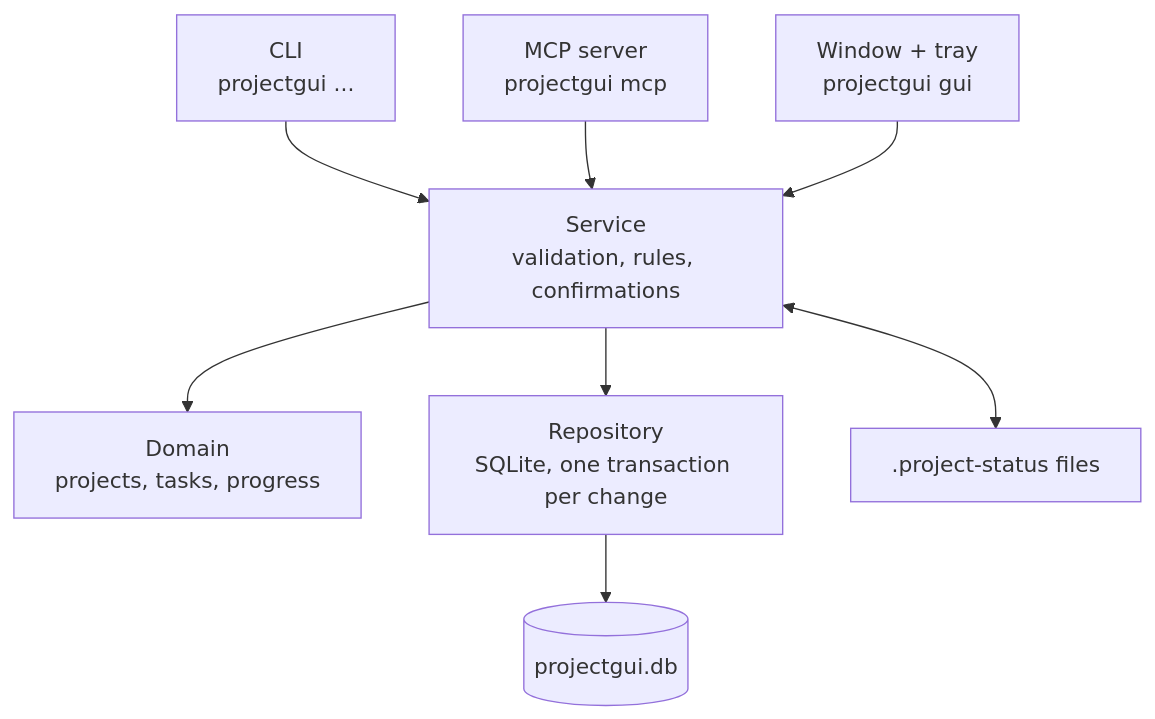
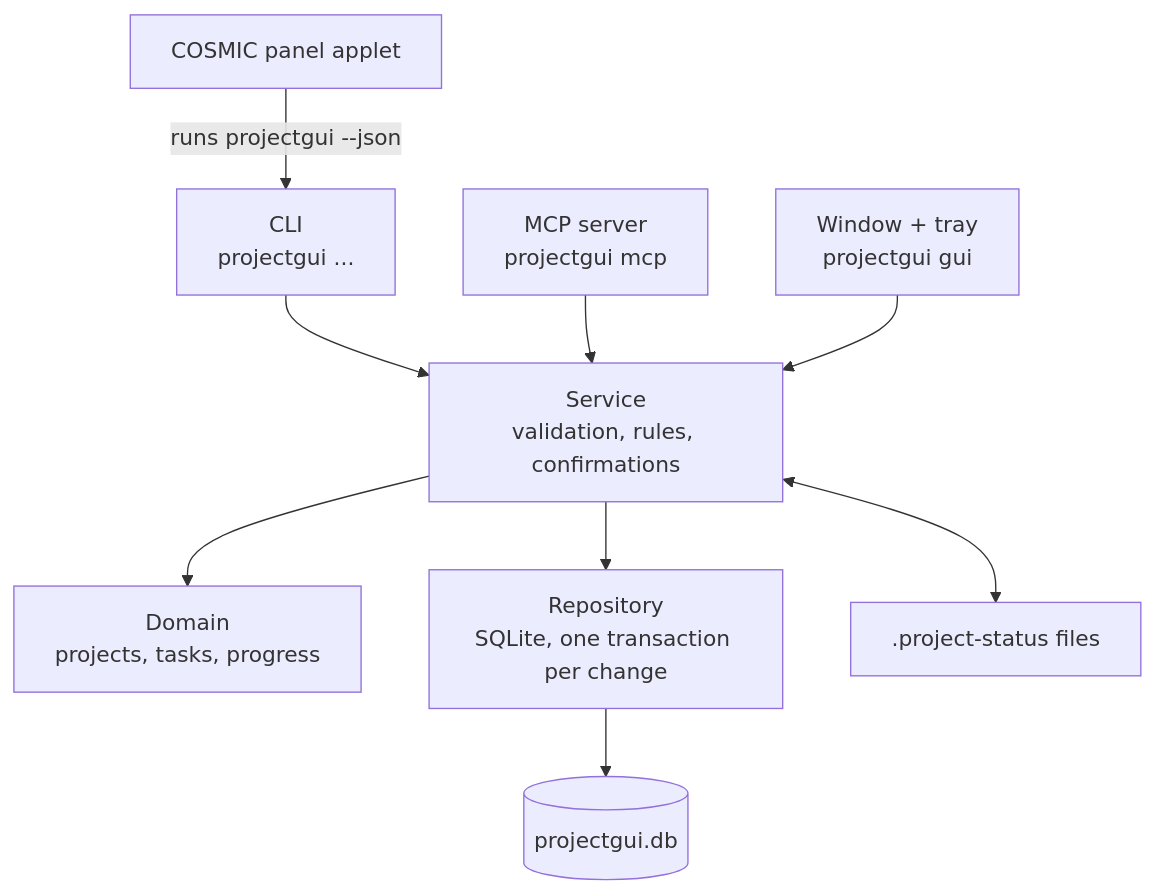
Before and after one commit to Gu1L3RM3/projectgui: the diagram in README.md, drawn with Mermaid. The commit also changed other lines of this file and 1 other file, not shown here.

Commit message:
Document the panel applet and icon in README and CLAUDE.md

````diff
--- a/README.md
+++ b/README.md
@@ -333,10 +354,11 @@
 ```mermaid
 flowchart TD
     CLI["CLI<br/>projectgui ..."] --> SVC
+    APPLET["COSMIC panel applet"] -->|"runs projectgui --json"| CLI
     MCP["MCP server<br/>projectgui mcp"] --> SVC
     GUI["Window + tray<br/>projectgui gui"] --> SVC
     SVC["Service<br/>validation, rules, confirmations"] --> DOM["Domain<br/>projects, tasks, progress"]
     SVC --> REPO["Repository<br/>SQLite, one transaction per change"]
     SVC <--> FILE[".project-status files"]
     REPO --> DB[("projectgui.db")]
 ```
````
